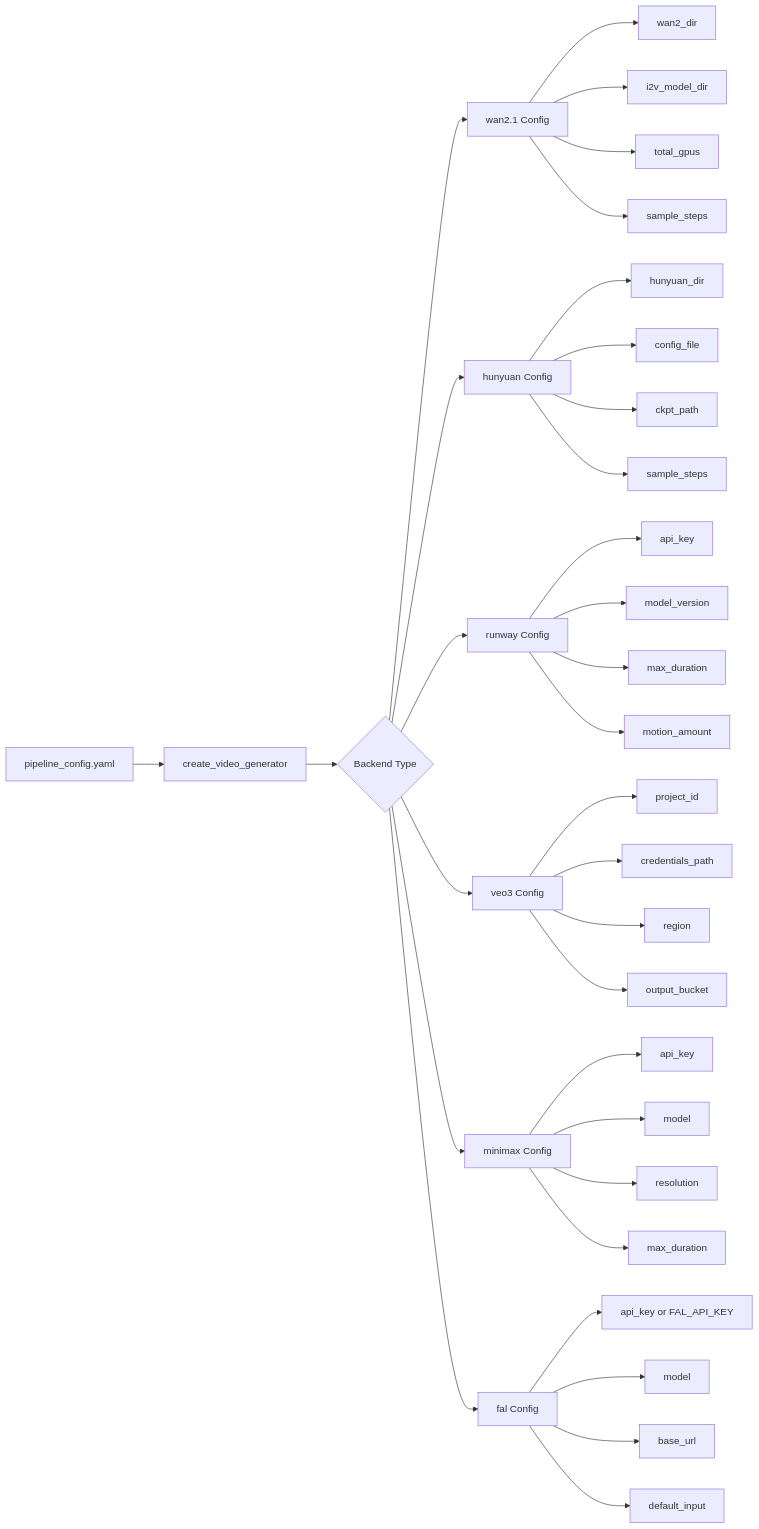
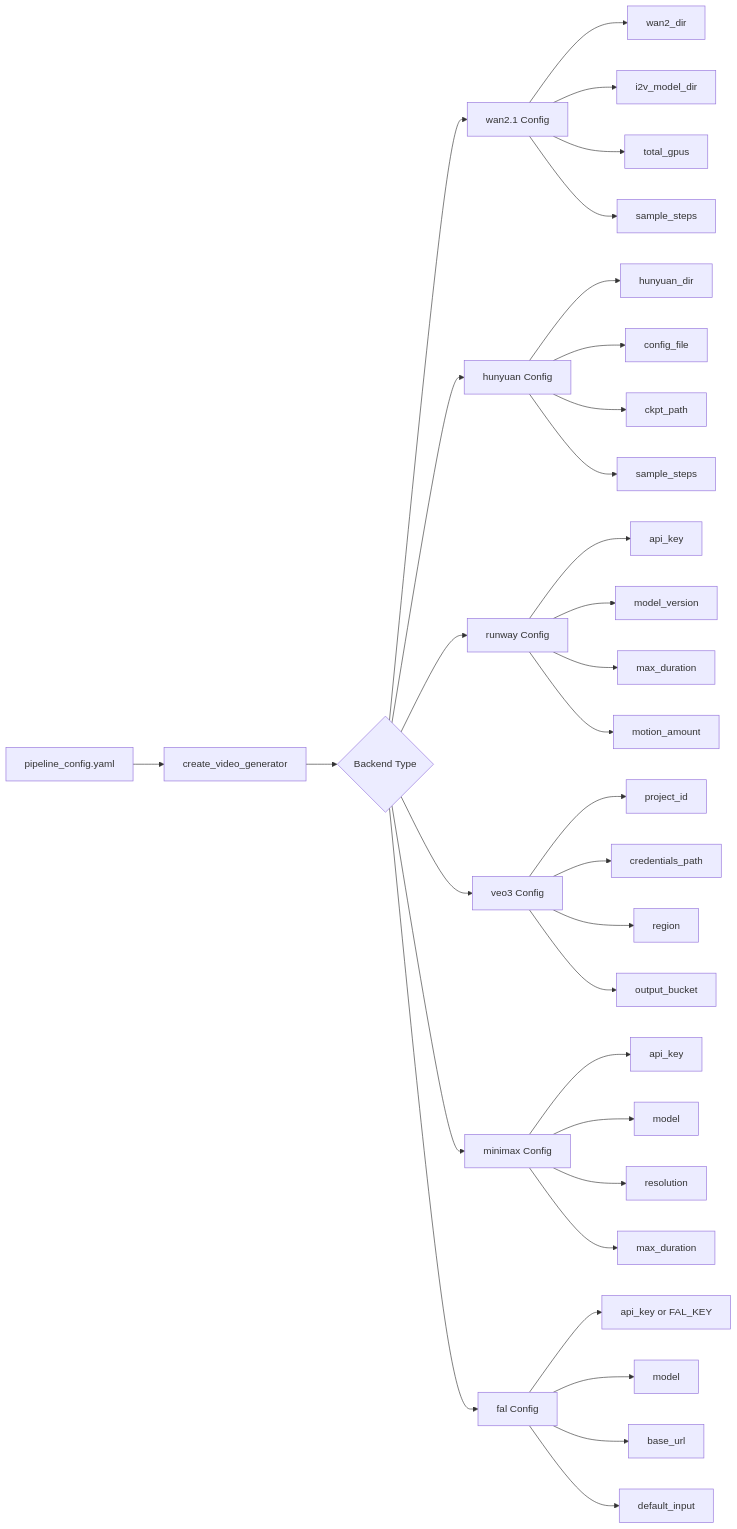
Before and after one commit to trilogy-group/ttv-pipeline: the first of 2 diagrams in docs/05-architecture-and-interface.md, drawn with Mermaid. The commit also changed other lines of this file and 30 other files, not shown here.

````diff
--- a/docs/05-architecture-and-interface.md
+++ b/docs/05-architecture-and-interface.md
@@ -129,48 +130,48 @@
 ```mermaid
 graph LR
     config[pipeline_config.yaml] --> factory[create_video_generator]
     factory --> selector{Backend Type}
     
     selector --> wan2[wan2.1 Config]
     selector --> hunyuan[hunyuan Config]
     selector --> runway[runway Config]
     selector --> veo3[veo3 Config]
     selector --> minimax[minimax Config]
     selector --> fal[fal Config]
     
     %% Wan2.1 Configuration
     wan2 --> wan2_dir[wan2_dir]
     wan2 --> i2v_model_dir[i2v_model_dir]
     wan2 --> total_gpus[total_gpus]
     wan2 --> sample_steps[sample_steps]
 
     %% Hunyuan Configuration
     hunyuan --> hunyuan_dir[hunyuan_dir]
     hunyuan --> hunyuan_cfg[config_file]
     hunyuan --> hunyuan_ckpt[ckpt_path]
     hunyuan --> hunyuan_steps[sample_steps]
     
     %% Runway Configuration
     runway --> api_key[api_key]
     runway --> model_version[model_version]
     runway --> max_duration[max_duration]
     runway --> motion_amount[motion_amount]
     
     %% Veo3 Configuration
     veo3 --> project_id[project_id]
     veo3 --> credentials_path[credentials_path]
     veo3 --> region[region]
     veo3 --> output_bucket[output_bucket]
     
     %% Minimax Configuration
     minimax --> minimax_api_key[api_key]
     minimax --> minimax_model[model]
     minimax --> minimax_resolution[resolution]
     minimax --> minimax_max_duration[max_duration]
 
     %% fal.ai Configuration
-    fal --> fal_api_key[api_key or FAL_API_KEY]
+    fal --> fal_api_key[api_key or FAL_KEY]
     fal --> fal_model[model]
     fal --> fal_base_url[base_url]
     fal --> fal_default_input[default_input]
 ```
````
